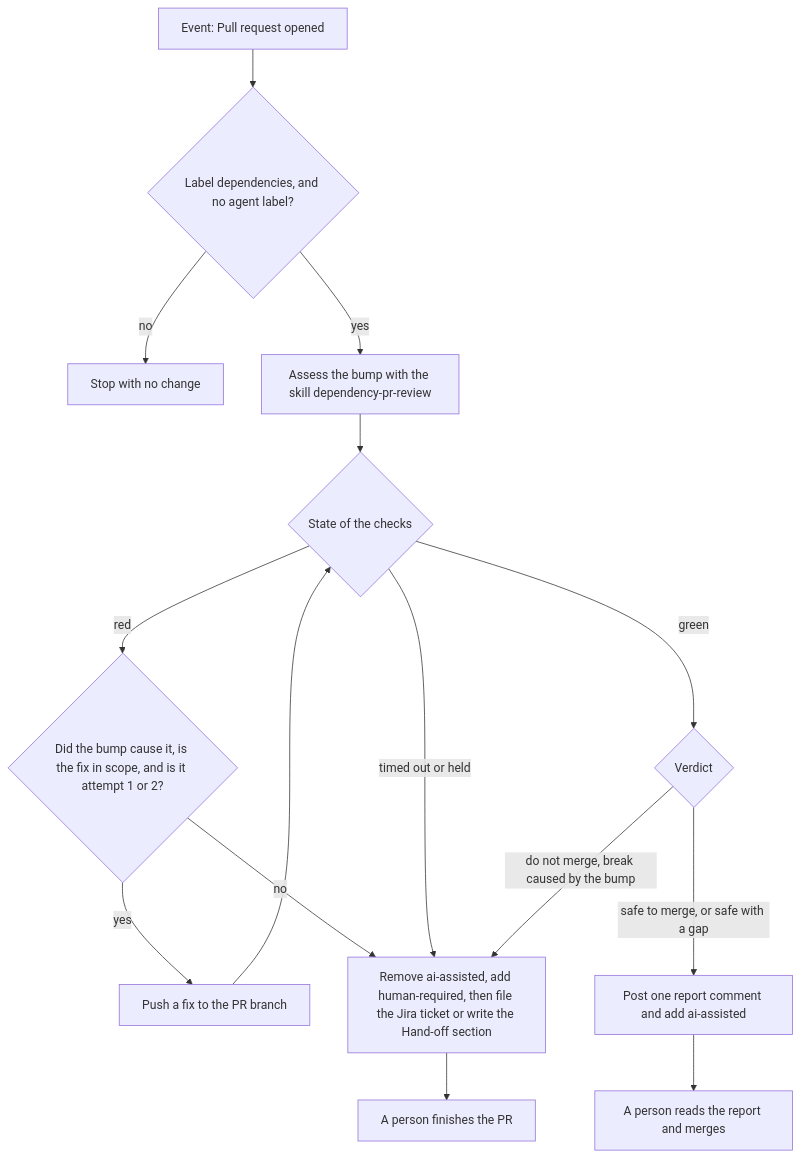
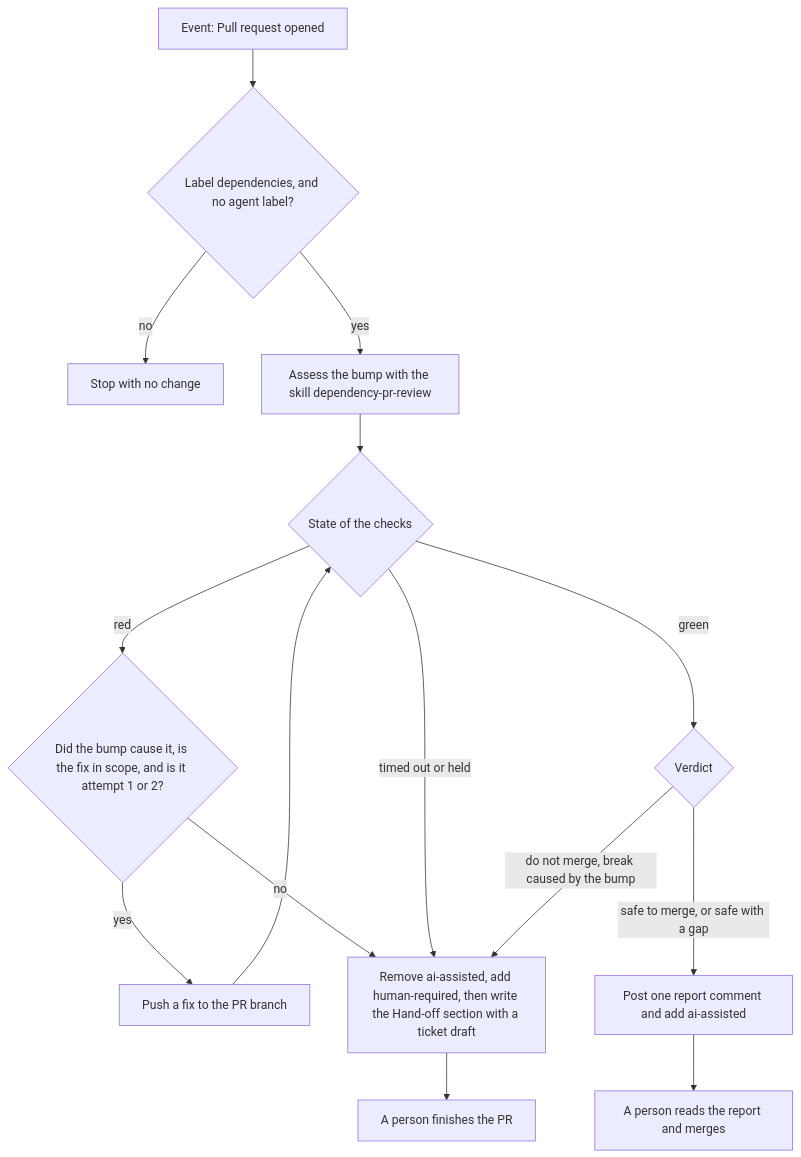
One commit to Unique-AG/connectors changed the first of 3 diagrams in docs/security/dependencies.md. Above: the diagram before and after it, drawn with Mermaid. The commit also changed other lines of this file and 1 other file, not shown here.

Commit message:
docs(main): describe the hand-off with a ticket draft and no Jira tool for the agent

````diff
--- a/docs/security/dependencies.md
+++ b/docs/security/dependencies.md
@@ -31,17 +31,17 @@
 ```mermaid
 flowchart TD
   opened[Event: Pull request opened] --> labels{"Label dependencies, and no agent label?"}
   labels -->|no| stop[Stop with no change]
   labels -->|yes| assess[Assess the bump with the skill dependency-pr-review]
   assess --> ci{State of the checks}
   ci -->|green| verdict{Verdict}
   ci -->|red| cause{"Did the bump cause it, is the fix in scope, and is it attempt 1 or 2?"}
   cause -->|yes| fix[Push a fix to the PR branch]
   fix --> ci
-  cause -->|no| handoff["Remove ai-assisted, add human-required, then file the Jira ticket or write the Hand-off section"]
+  cause -->|no| handoff["Remove ai-assisted, add human-required, then write the Hand-off section with a ticket draft"]
   ci -->|timed out or held| handoff
   verdict -->|safe to merge, or safe with a gap| report[Post one report comment and add ai-assisted]
   verdict -->|do not merge, break caused by the bump| handoff
   report --> merge[A person reads the report and merges]
   handoff --> finish[A person finishes the PR]
 ```
````
